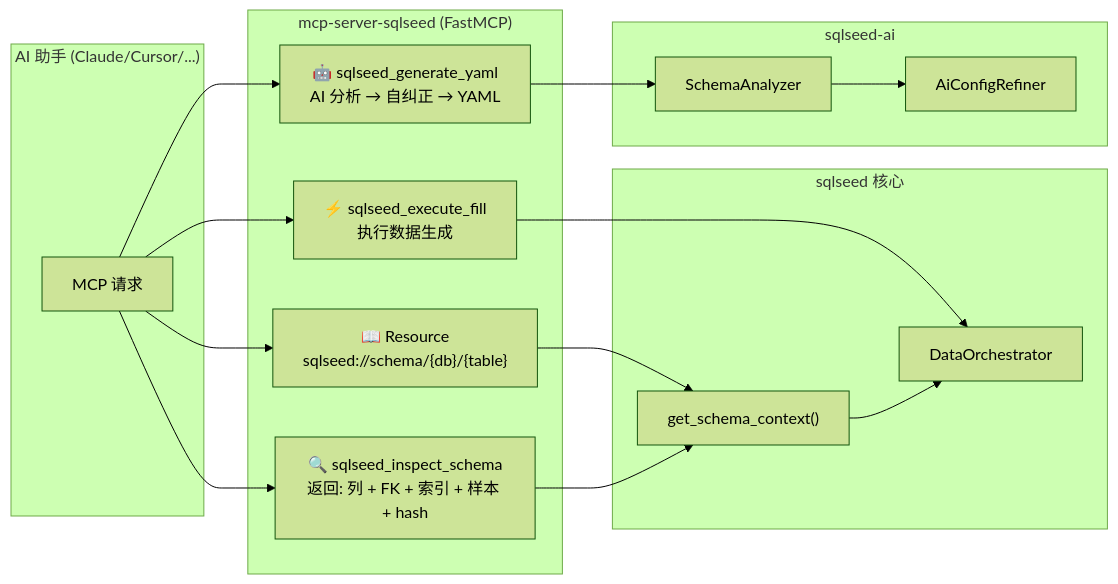
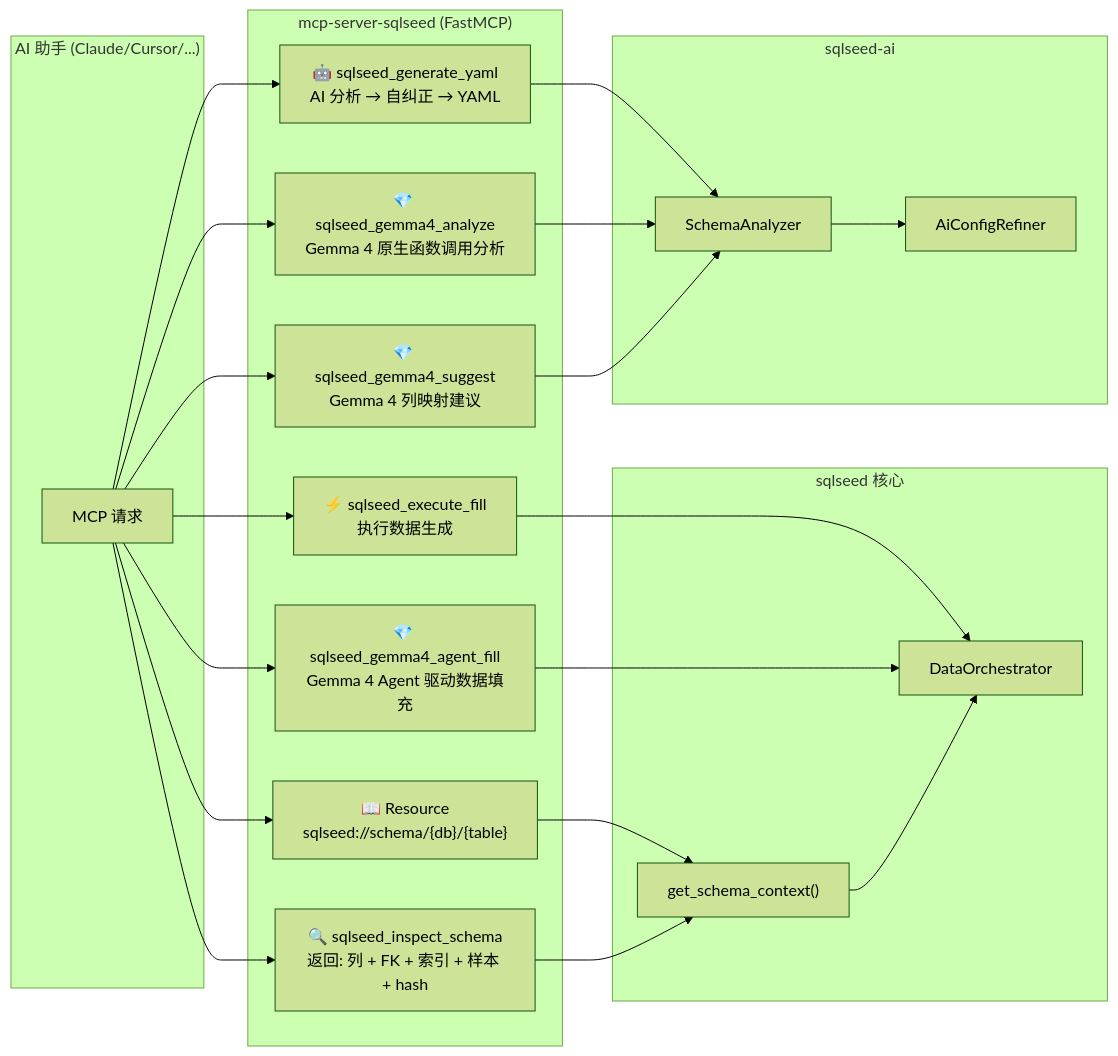
The tenth of 11 diagrams in docs/architecture.zh-CN.md (sunbos/sqlseed), drawn with Mermaid (forest theme) before and after one commit. The commit also changed other lines of this file and 22 other files, not shown here.

````diff
--- a/docs/architecture.zh-CN.md
+++ b/docs/architecture.zh-CN.md
@@ -617,35 +627,44 @@
 ```mermaid
 flowchart LR
     subgraph Client["AI 助手 (Claude/Cursor/...)"]
         Request["MCP 请求"]
     end
 
     subgraph MCPServer["mcp-server-sqlseed (FastMCP)"]
         Resource["📖 Resource<br/>sqlseed://schema/{db}/{table}"]
         Tool1["🔍 sqlseed_inspect_schema<br/>返回: 列 + FK + 索引 + 样本 + hash"]
         Tool2["🤖 sqlseed_generate_yaml<br/>AI 分析 → 自纠正 → YAML"]
         Tool3["⚡ sqlseed_execute_fill<br/>执行数据生成"]
+        Tool4["💎 sqlseed_gemma4_analyze<br/>Gemma 4 原生函数调用分析"]
+        Tool5["💎 sqlseed_gemma4_agent_fill<br/>Gemma 4 Agent 驱动数据填充"]
+        Tool6["💎 sqlseed_gemma4_suggest<br/>Gemma 4 列映射建议"]
     end
 
     subgraph SQLSeed["sqlseed 核心"]
         Orchestrator["DataOrchestrator"]
         SchemaCtx["get_schema_context()"]
     end
 
     subgraph AIPlugin["sqlseed-ai"]
         SA["SchemaAnalyzer"]
         ACR["AiConfigRefiner"]
     end
 
     Request --> Resource
     Request --> Tool1
     Request --> Tool2
     Request --> Tool3
+    Request --> Tool4
+    Request --> Tool5
+    Request --> Tool6
 
     Resource --> SchemaCtx
     Tool1 --> SchemaCtx
     Tool2 --> SA --> ACR
     Tool3 --> Orchestrator
+    Tool4 --> SA
+    Tool5 --> Orchestrator
+    Tool6 --> SA
 
     SchemaCtx --> Orchestrator
 ```
````
